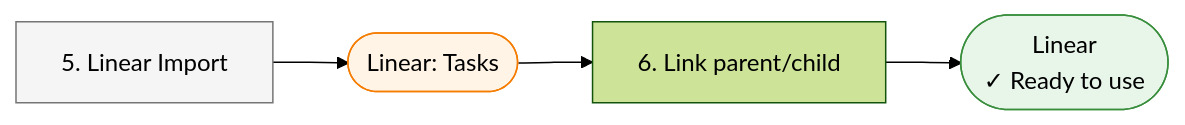
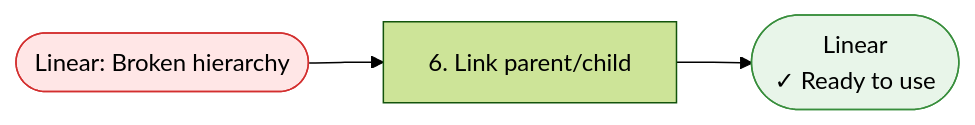
The third of 4 diagrams in README.md (keboola/linear-migration-tools), drawn with Mermaid (forest theme) before and after one commit. The commit also changed other lines of this file and 6 other files, not shown here.

````diff
--- a/README.md
+++ b/README.md
@@ -35,10 +45,8 @@
 ```mermaid
 graph LR
-    Step5[5. Linear Import] --> Linear([Linear: Tasks])
-    Linear --> Step6[6. Link parent/child]
-    Step6 --> LinearDone([Linear<br/>✓ Ready to use])
+    Start2([Linear: Broken hierarchy]) --> Step6[6. Link parent/child]
+    Step6 --> End([Linear<br/>✓ Ready to use])
 
-    style Linear fill:#fff4e6,stroke:#f57c00
-    style LinearDone fill:#e8f5e9,stroke:#388e3c
-    style Step5 fill:#f5f5f5,stroke:#757575
+    style Start2 fill:#ffe6e6,stroke:#d32f2f
+    style End fill:#e8f5e9,stroke:#388e3c
 ```
````
